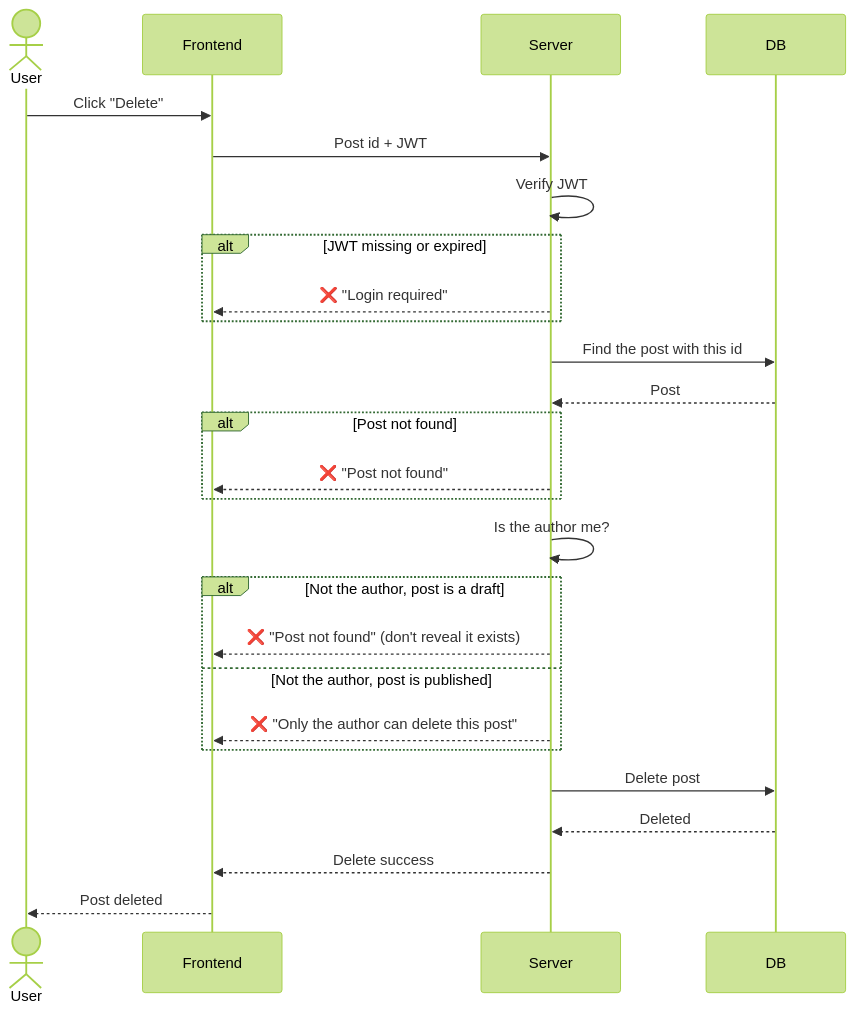
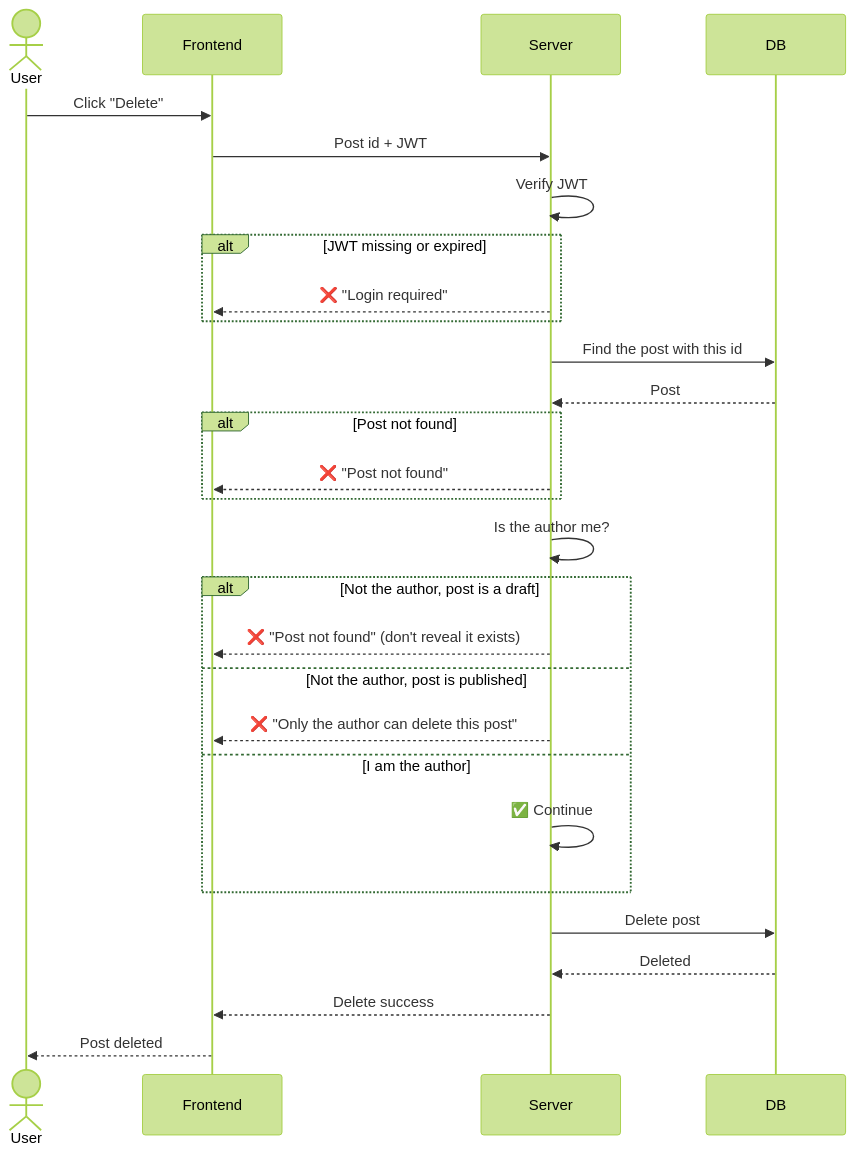
One commit to yhan0704/blogBackend changed the third of 8 diagrams in docs/sequence-diagrams/post.md. Above: the diagram before and after it, drawn with Mermaid (forest theme). The commit also changed other lines of this file and 4 other files, not shown here.

Commit message:
docs: author branch, idempotent publish/unpublish, unpublish diagram

````diff
--- a/docs/sequence-diagrams/post.md
+++ b/docs/sequence-diagrams/post.md
@@ -75,29 +77,31 @@
 ```mermaid
 sequenceDiagram
     actor User
     participant Frontend
     participant Server
     participant DB
 
     User->>Frontend: Click "Delete"
     Frontend->>Server: Post id + JWT
     Server->>Server: Verify JWT
     alt JWT missing or expired
         Server-->>Frontend: ❌ "Login required"
     end
     Server->>DB: Find the post with this id
     DB-->>Server: Post
     alt Post not found
         Server-->>Frontend: ❌ "Post not found"
     end
     Server->>Server: Is the author me?
     alt Not the author, post is a draft
         Server-->>Frontend: ❌ "Post not found" (don't reveal it exists)
     else Not the author, post is published
         Server-->>Frontend: ❌ "Only the author can delete this post"
+    else I am the author
+        Server->>Server: ✅ Continue
     end
     Server->>DB: Delete post
     DB-->>Server: Deleted
     Server-->>Frontend: Delete success
     Frontend-->>User: Post deleted
 ```
````
